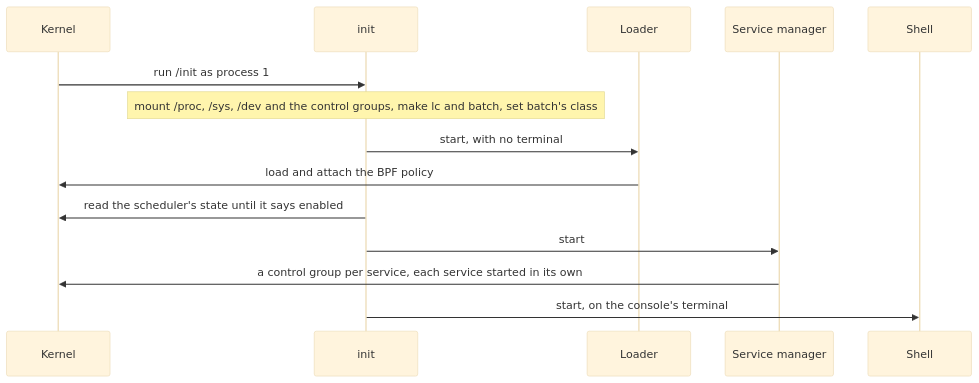
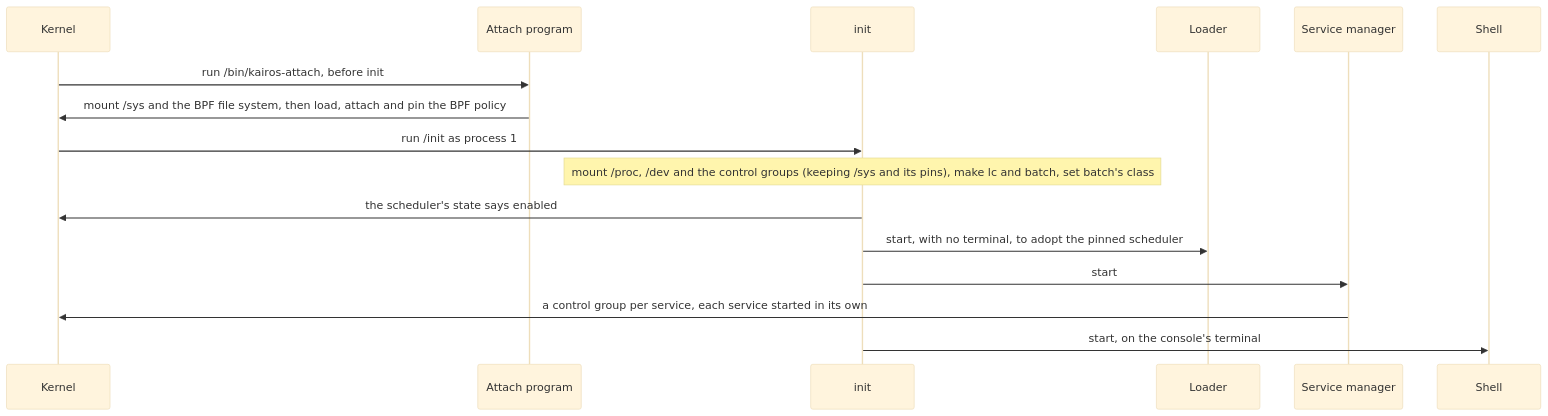
Before and after one commit to AayushNair10/KairOS: the second of 2 diagrams in README.md, drawn with Mermaid (base theme). The commit also changed other lines of this file and 2 other files, not shown here.

````diff
--- a/README.md
+++ b/README.md
@@ -75,16 +82,18 @@
 ```mermaid
 sequenceDiagram
     participant K as Kernel
+    participant A as Attach program
     participant I as init
     participant L as Loader
     participant M as Service manager
     participant S as Shell
+    K->>A: run /bin/kairos-attach, before init
+    A->>K: mount /sys and the BPF file system, then load, attach and pin the BPF policy
     K->>I: run /init as process 1
-    Note over I: mount /proc, /sys, /dev and the control groups, make lc and batch, set batch's class
-    I->>L: start, with no terminal
-    L->>K: load and attach the BPF policy
-    I->>K: read the scheduler's state until it says enabled
+    Note over I: mount /proc, /dev and the control groups (keeping /sys and its pins), make lc and batch, set batch's class
+    I->>K: the scheduler's state says enabled
+    I->>L: start, with no terminal, to adopt the pinned scheduler
     I->>M: start
     M->>K: a control group per service, each service started in its own
     I->>S: start, on the console's terminal
 ```
````
